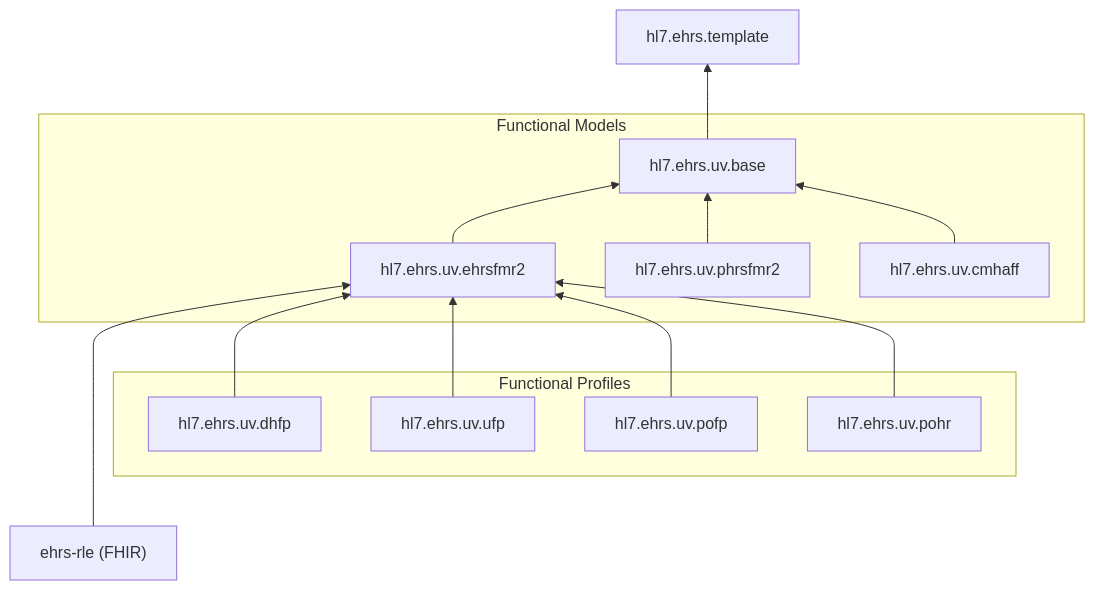
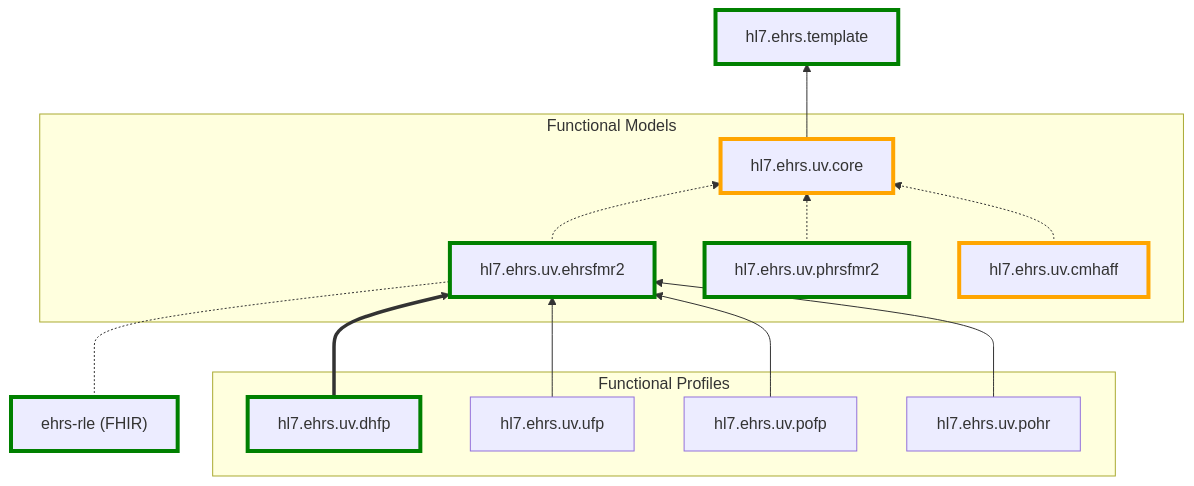
Before and after one commit to HL7/ehrs-base-ig: the diagram in input/pagecontent/index.md, drawn with Mermaid. The commit also changed other lines of this file, not shown here.

````diff
--- a/input/pagecontent/index.md
+++ b/input/pagecontent/index.md
@@ -20,23 +18,34 @@
 ```mermaid
 flowchart BT
-    a[hl7.ehrs.uv.base]-->b[hl7.ehrs.template]
+    classDef build stroke:green,stroke-width:4px;
+    classDef wip stroke:orange,stroke-width:4px;
+    fm1:::build
+    fm2:::build
+    b:::build
+    fm3:::wip
+    a:::wip
+    fp1:::build
+    fig:::build
+
+    a[hl7.ehrs.uv.core]-->b[hl7.ehrs.template]
     subgraph Functional Models
-        fm1[hl7.ehrs.uv.ehrsfmr2]-->a
-        fm2[hl7.ehrs.uv.phrsfmr2]-->a
-        fm3[hl7.ehrs.uv.cmhaff]-->a
+        fm1[hl7.ehrs.uv.ehrsfmr2]-.->a
+        fm2[hl7.ehrs.uv.phrsfmr2]-.->a
+        fm3[hl7.ehrs.uv.cmhaff]-.->a
     end
-    fig["ehrs-rle (FHIR)"]--->fm1
+    fig["ehrs-rle (FHIR)"]-.-fm1
     subgraph Functional Profiles
-        fp1[hl7.ehrs.uv.dhfp]-->fm1
+        fp1[hl7.ehrs.uv.dhfp]==>fm1
         fp2[hl7.ehrs.uv.ufp]-->fm1
         fp3[hl7.ehrs.uv.pofp]-->fm1
         fp4[hl7.ehrs.uv.pohr]-->fm1
     end
 
     click a "https://build.fhir.org/ig/HL7/ehrs-base-ig/" "ehrs-base-ig"
     click b "https://github.com/HL7/ig-template-ehrs" "ig-template-ehrs"
     click fm1 "https://build.fhir.org/ig/HL7/ehrsfm-ig/" "ehrsfm-ig"
     click fm2 "https://build.fhir.org/ig/HL7/phrsfm-ig/" "phrsfm-ig"
     click fm3 "https://build.fhir.org/ig/HL7/cmhaff-ig/" "cmhaff-ig"
+    click fp1 "https://build.fhir.org/ig/HL7/dhfp-ig/" "ehrsfm-ig"
     click fig https://build.fhir.org/ig/HL7/ehrs-rle-ig/" "ehrs-rle-ig"
 ```
````
